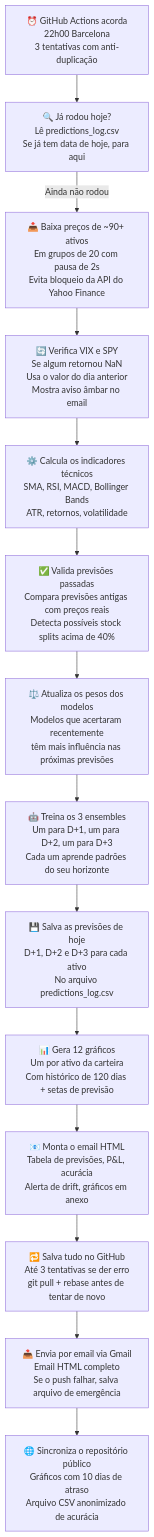
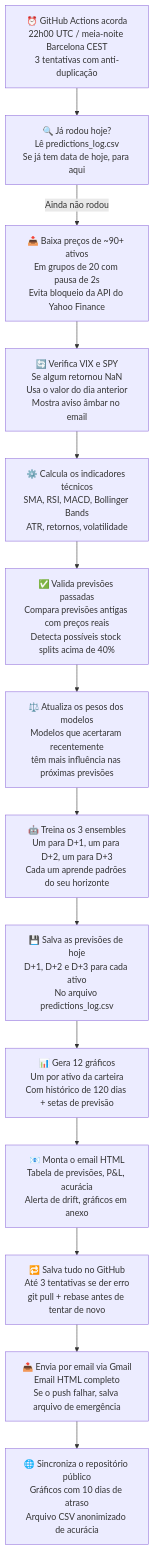
The first of 2 diagrams in README_educativo.md (srxkatsumi/smart-wallet-ml), drawn with Mermaid before and after one commit. The commit also changed other lines of this file and 2 other files, not shown here.

Commit message:
docs: sincronizar horário (22h UTC), tabela 13 famílias e roadmap nos READMEs

````diff
--- a/README_educativo.md
+++ b/README_educativo.md
@@ -30,16 +30,16 @@
 ```mermaid
 flowchart TD
-    A["⏰ GitHub Actions acorda\n22h00 Barcelona\n3 tentativas com anti-duplicação"] --> B["🔍 Já rodou hoje?\nLê predictions_log.csv\nSe já tem data de hoje, para aqui"]
+    A["⏰ GitHub Actions acorda\n22h00 UTC / meia-noite Barcelona CEST\n3 tentativas com anti-duplicação"] --> B["🔍 Já rodou hoje?\nLê predictions_log.csv\nSe já tem data de hoje, para aqui"]
     B -->|Ainda não rodou| C["📥 Baixa preços de ~90+ ativos\nEm grupos de 20 com pausa de 2s\nEvita bloqueio da API do Yahoo Finance"]
     C --> D["🔄 Verifica VIX e SPY\nSe algum retornou NaN\nUsa o valor do dia anterior\nMostra aviso âmbar no email"]
     D --> E["⚙️ Calcula os indicadores técnicos\nSMA, RSI, MACD, Bollinger Bands\nATR, retornos, volatilidade"]
     E --> F["✅ Valida previsões passadas\nCompara previsões antigas com preços reais\nDetecta possíveis stock splits acima de 40%"]
     F --> G["⚖️ Atualiza os pesos dos modelos\nModelos que acertaram recentemente\ntêm mais influência nas próximas previsões"]
     G --> H["🤖 Treina os 3 ensembles\nUm para D+1, um para D+2, um para D+3\nCada um aprende padrões do seu horizonte"]
     H --> I["💾 Salva as previsões de hoje\nD+1, D+2 e D+3 para cada ativo\nNo arquivo predictions_log.csv"]
     I --> J["📊 Gera 12 gráficos\nUm por ativo da carteira\nCom histórico de 120 dias + setas de previsão"]
     J --> K["📧 Monta o email HTML\nTabela de previsões, P&L, acurácia\nAlerta de drift, gráficos em anexo"]
     K --> L["🔁 Salva tudo no GitHub\nAté 3 tentativas se der erro\ngit pull + rebase antes de tentar de novo"]
     L --> M["📤 Envia por email via Gmail\nEmail HTML completo\nSe o push falhar, salva arquivo de emergência"]
     M --> N["🌐 Sincroniza o repositório público\nGráficos com 10 dias de atraso\nArquivo CSV anonimizado de acurácia"]
 ```
````
